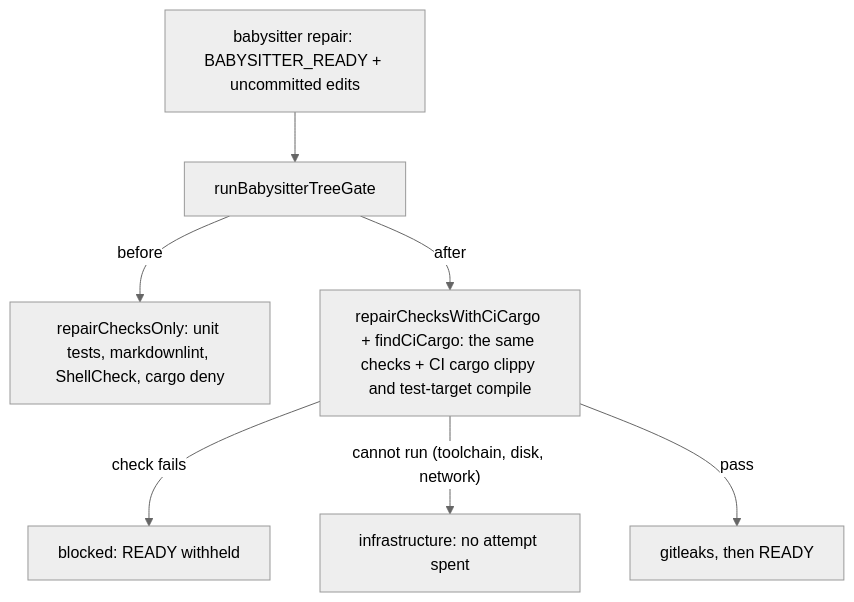
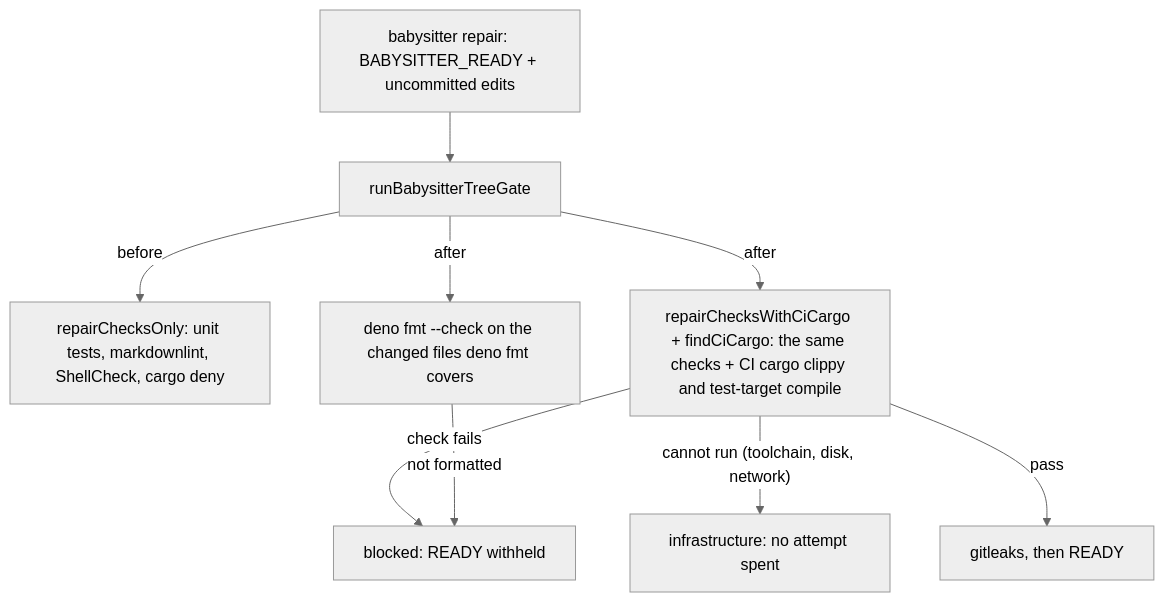
Before and after one commit to stSoftwareAU/VibeCoder: the diagram in docs/archive/pr-summaries/pr-summary-5169.md, drawn with Mermaid (neutral theme). The commit also changed other lines of this file and 7 other files, not shown here.

Commit message:
Repair gate keeps the changed-file deno fmt --check (#5169)

````diff
--- a/docs/archive/pr-summaries/pr-summary-5169.md
+++ b/docs/archive/pr-summaries/pr-summary-5169.md
@@ -69,9 +77,11 @@
 ```mermaid
 flowchart TD
     A["babysitter repair: BABYSITTER_READY + uncommitted edits"] --> G["runBabysitterTreeGate"]
     G -- before --> O["repairChecksOnly: unit tests, markdownlint, ShellCheck, cargo deny"]
     G -- after --> C["repairChecksWithCiCargo + findCiCargo: the same checks + CI cargo clippy and test-target compile"]
     C -- "check fails" --> B["blocked: READY withheld"]
     C -- "cannot run (toolchain, disk, network)" --> I["infrastructure: no attempt spent"]
     C -- pass --> L["gitleaks, then READY"]
+    G -- after --> F["deno fmt --check on the changed files deno fmt covers"]
+    F -- "not formatted" --> B
 ```
````
